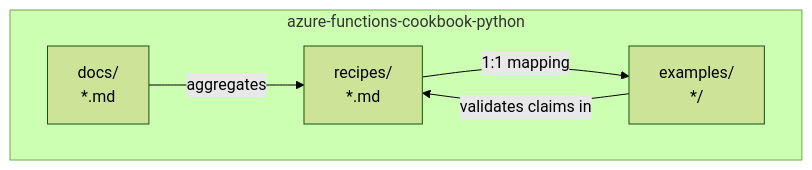
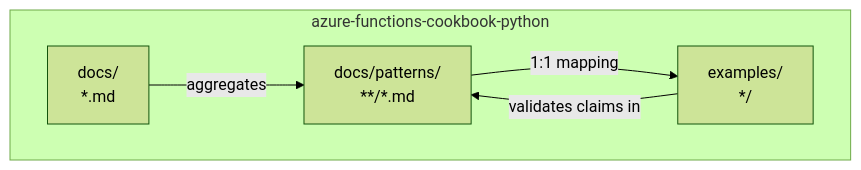
The third of 10 diagrams in docs/architecture.md (yeongseon/azure-functions-python-cookbook), drawn with Mermaid (forest theme) before and after one commit. The commit also changed other lines of this file and 129 other files, not shown here.

````diff
--- a/docs/architecture.md
+++ b/docs/architecture.md
@@ -74,12 +74,12 @@
 ```mermaid
 flowchart TD
     subgraph Cookbook["azure-functions-cookbook-python"]
-        R["recipes/\n*.md"]
+        R["docs/patterns/\n**/*.md"]
         D["docs/\n*.md"]
         E["examples/\n*/"]
     end
 
     R -- "1:1 mapping" --> E
     D -- "aggregates" --> R
     E -- "validates claims in" --> R
 ```
````
